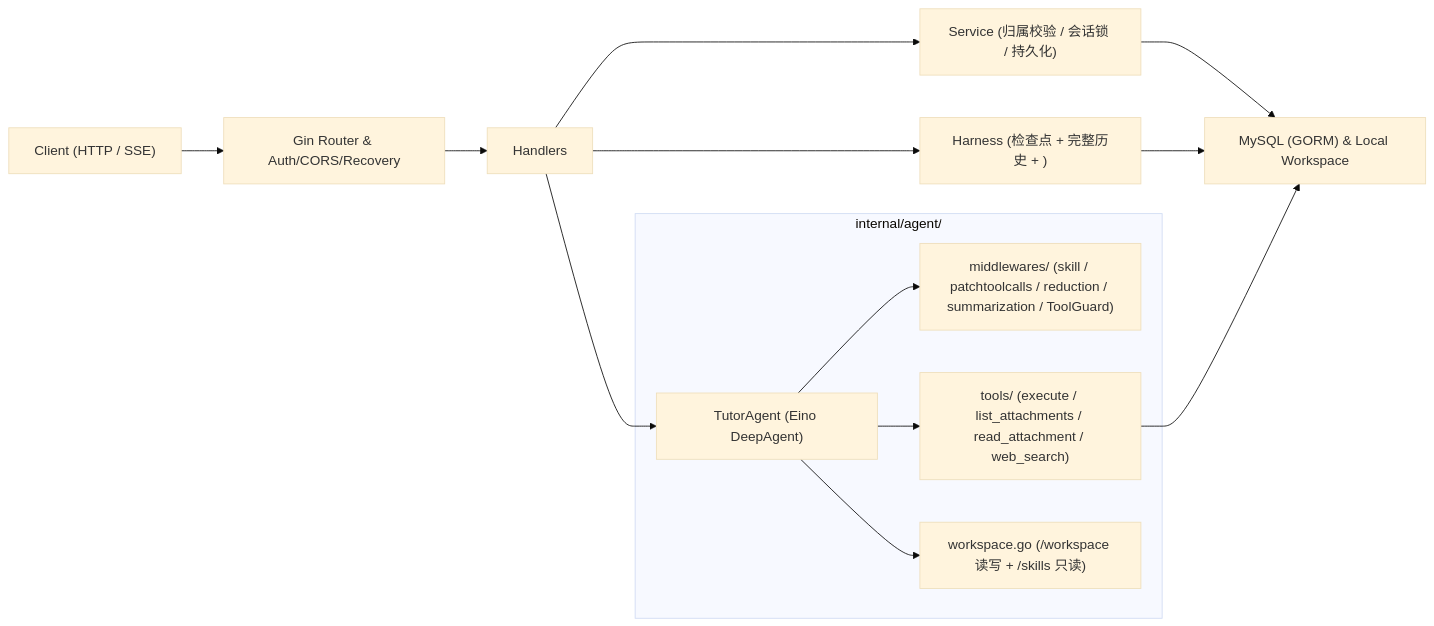
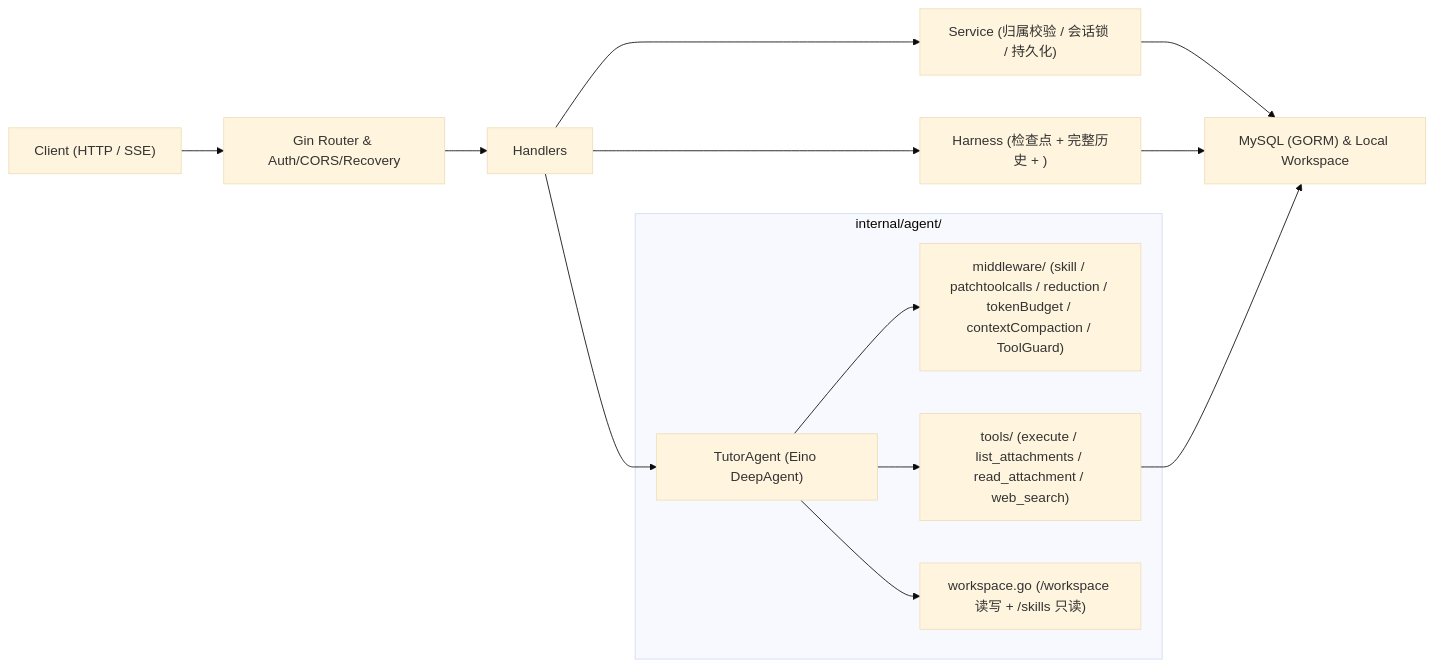
One commit to coustea/AI-Agent changed the diagram in README.md. Above: the diagram before and after it, drawn with Mermaid (base theme). The commit also changed other lines of this file and 128 other files, not shown here.

````diff
--- a/README.md
+++ b/README.md
@@ -35,18 +35,18 @@
 ```mermaid
 flowchart LR
     Client["Client (HTTP / SSE)"] --> Router["Gin Router & Auth/CORS/Recovery"]
     Router --> Handler["Handlers"]
     Handler --> Service["Service (归属校验 / 会话锁 / 持久化)"]
     Handler --> Harness["Harness (检查点 + 完整历史 + <turn_context>)"]
     Handler --> Agent["TutorAgent (Eino DeepAgent)"]
 
     subgraph AgentCore["internal/agent/"]
-        Agent --> MW["middlewares/ (skill / patchtoolcalls / reduction / summarization / ToolGuard)"]
+        Agent --> MW["middleware/ (skill / patchtoolcalls / reduction / tokenBudget / contextCompaction / ToolGuard)"]
         Agent --> Tools["tools/ (execute / list_attachments / read_attachment / web_search)"]
         Agent --> FS["workspace.go (/workspace 读写 + /skills 只读)"]
     end
 
     Service --> Repo["MySQL (GORM) & Local Workspace"]
     Harness --> Repo
     Tools --> Repo
 ```
````
